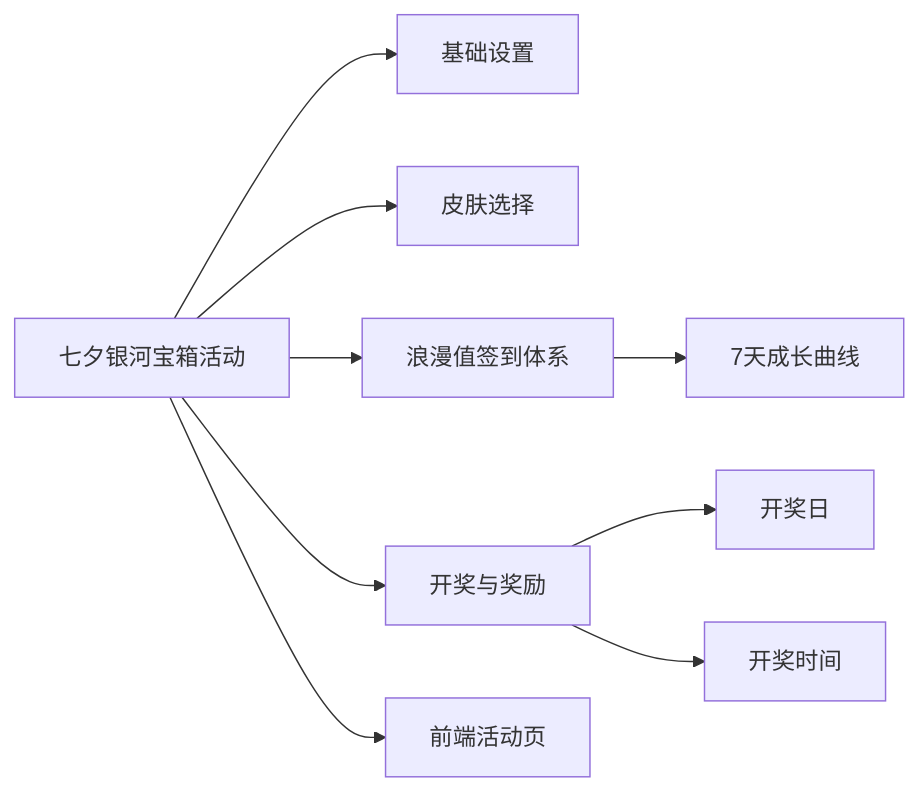
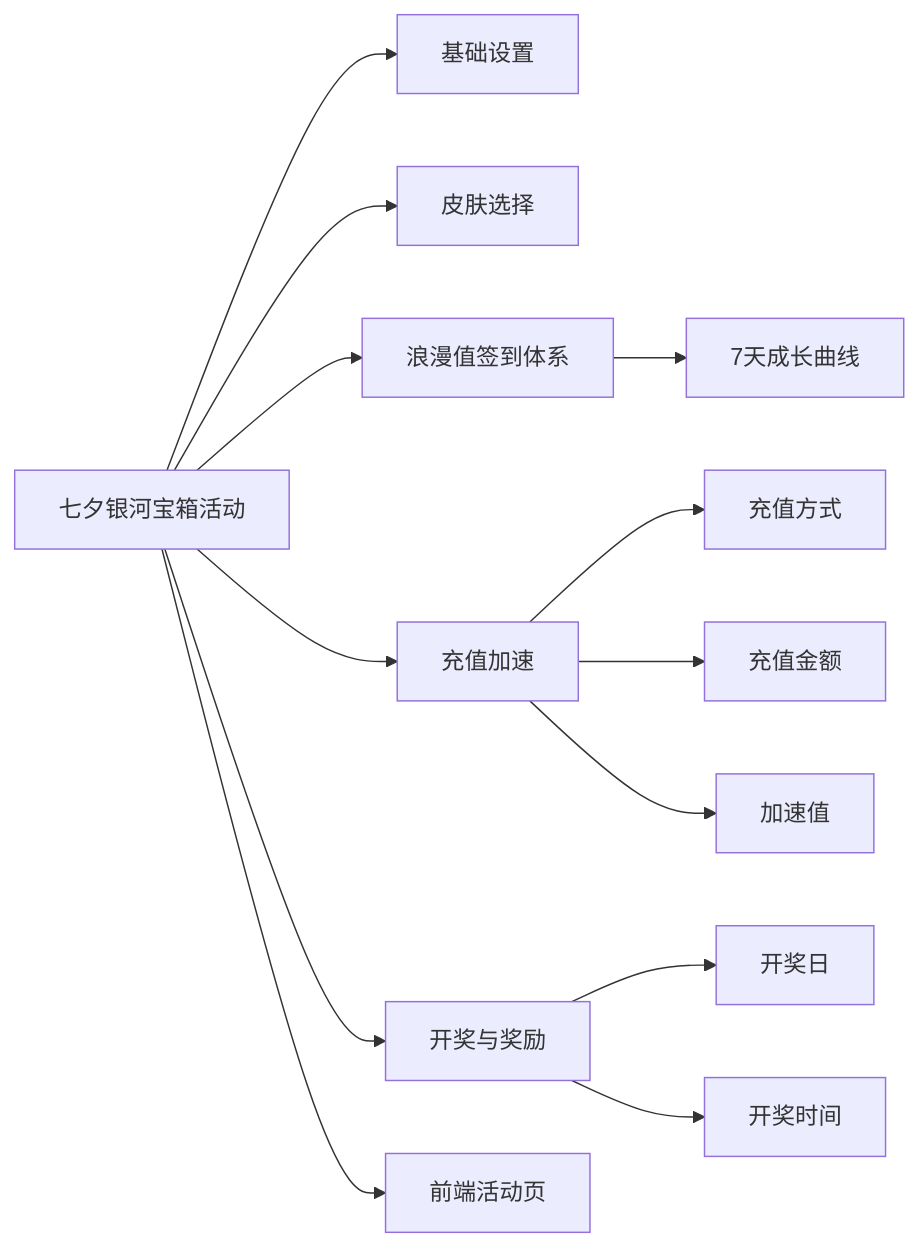
The fifth of 5 diagrams in PRD_qixi_galaxy_box_activity_2026-07-31.md (bala-luoluo/M3), drawn with Mermaid before and after one commit. The commit also changed other lines of this file and 1 other file, not shown here.

````diff
--- a/PRD_qixi_galaxy_box_activity_2026-07-31.md
+++ b/PRD_qixi_galaxy_box_activity_2026-07-31.md
@@ -199,12 +229,16 @@
 ```mermaid
 flowchart LR
     A[七夕银河宝箱活动] --> B[基础设置]
     A --> C[皮肤选择]
     A --> D[浪漫值签到体系]
-    A --> E[开奖与奖励]
-    A --> F[前端活动页]
+    A --> E[充值加速]
+    A --> F[开奖与奖励]
+    A --> G[前端活动页]
 
     D --> D1[7天成长曲线]
-    E --> E1[开奖日]
-    E --> E2[开奖时间]
+    E --> E1[充值方式]
+    E --> E2[充值金额]
+    E --> E3[加速值]
+    F --> F1[开奖日]
+    F --> F2[开奖时间]
 ```
````
